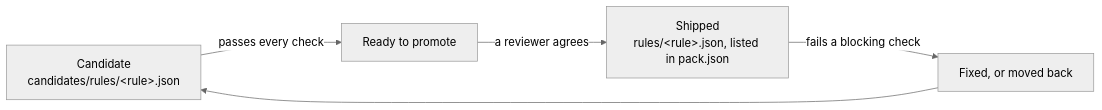
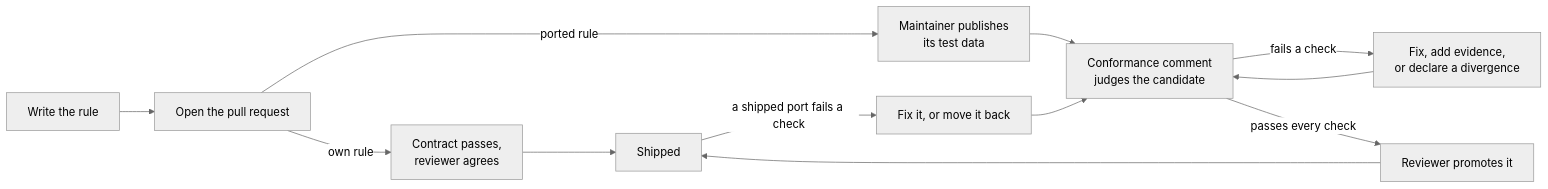
Before and after one commit to neralabs/rerail: the diagram in docs/adding-rules-to-a-pack.md, drawn with Mermaid (neutral theme). The commit also changed other lines of this file, not shown here.

First line of the commit message:
Docs: the pack guide leads with the process, and points at upstream.md for the publish (NER-2236)

````diff
--- a/docs/adding-rules-to-a-pack.md
+++ b/docs/adding-rules-to-a-pack.md
@@ -261,7 +7,10 @@
 ```mermaid
 flowchart LR
-  A["Candidate<br/>candidates/rules/&lt;rule&gt;.json"] -- "passes every check" --> B["Ready to promote"]
-  B -- "a reviewer agrees" --> C["Shipped<br/>rules/&lt;rule&gt;.json, listed in pack.json"]
-  C -- "fails a blocking check" --> D["Fixed, or moved back"]
-  D --> A
+  W["Write the rule"] --> PR["Open the pull request"]
+  PR -- "own rule" --> C["Contract passes,<br/>reviewer agrees"] --> S["Shipped"]
+  PR -- "ported rule" --> D["Maintainer publishes<br/>its test data"]
+  D --> J["Conformance comment<br/>judges the candidate"]
+  J -- "fails a check" --> F["Fix, add evidence,<br/>or declare a divergence"] --> J
+  J -- "passes every check" --> P["Reviewer promotes it"] --> S
+  S -- "a shipped port fails a check" --> B["Fix it, or move it back"] --> J
 ```
````
